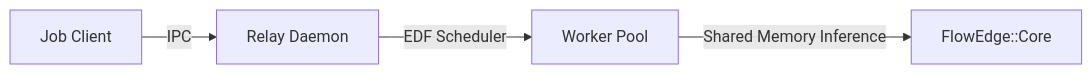
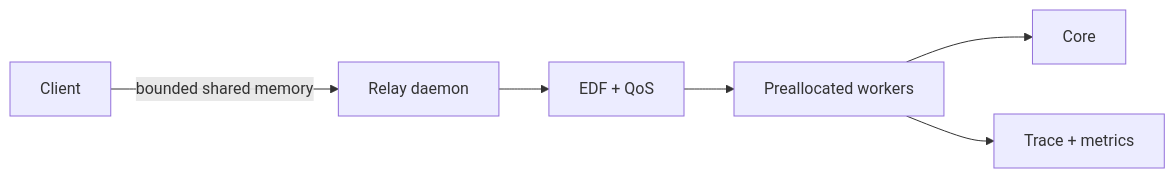
The second of 2 diagrams in README.md (elprofesoriqo/FlowEdge), drawn with Mermaid before and after one commit. The commit also changed other lines of this file and 16 other files, not shown here.

````diff
--- a/README.md
+++ b/README.md
@@ -139,6 +62,8 @@
 ```mermaid
 flowchart LR
-    Job[Job Client] -->|IPC| Daemon[Relay Daemon]
-    Daemon -->|EDF Scheduler| Worker[Worker Pool]
-    Worker -->|Shared Memory Inference| Core[FlowEdge::Core]
+  Client -->|bounded shared memory| Daemon[Relay daemon]
+  Daemon --> EDF[EDF + QoS]
+  EDF --> Workers[Preallocated workers]
+  Workers --> Core
+  Workers --> Telemetry[Trace + metrics]
 ```
````
